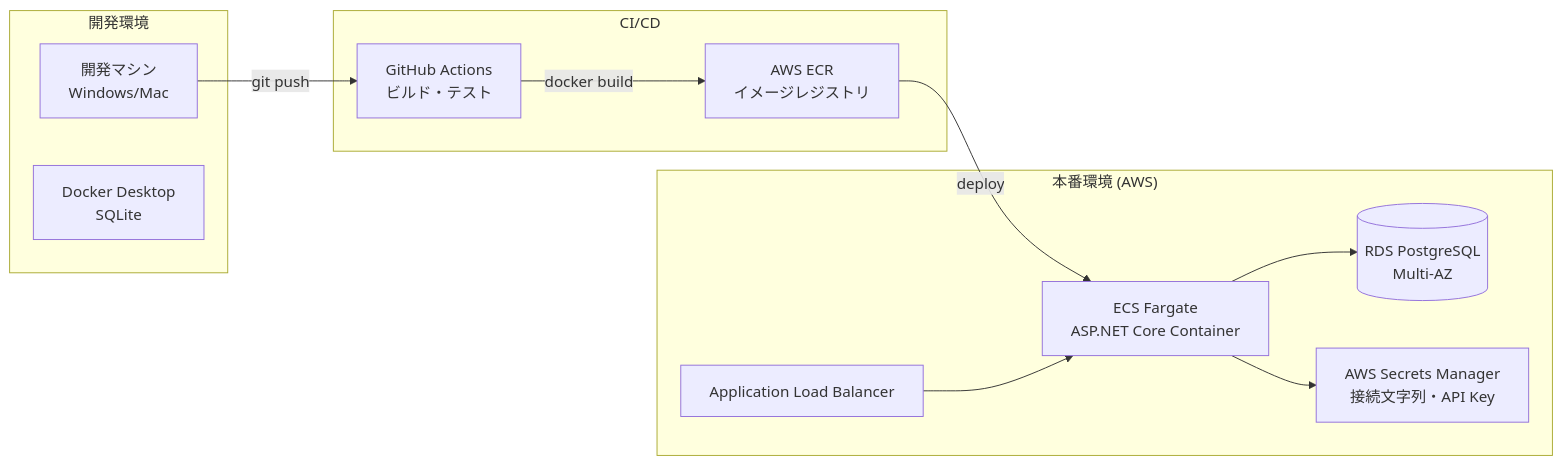
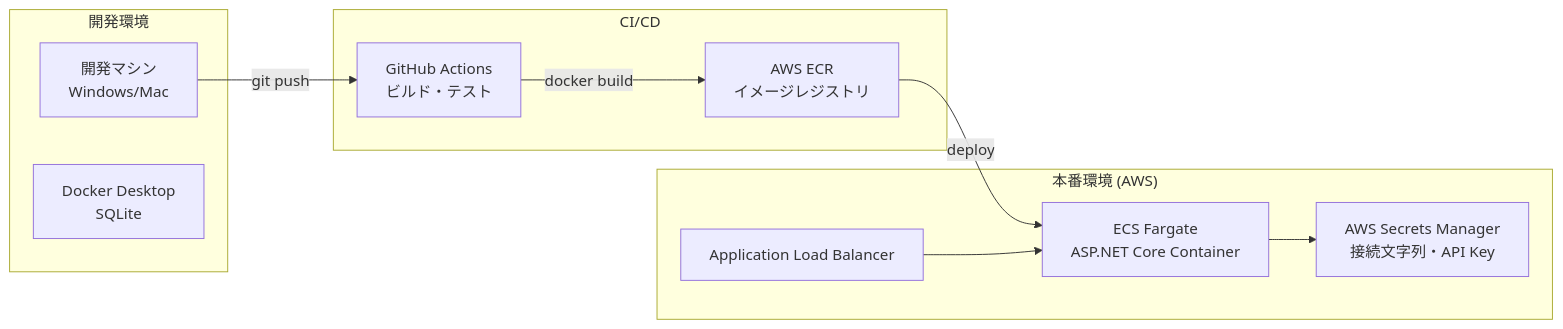
One commit to RYA234/dotnet_container changed the second of 6 diagrams in .github/docs/common-design/architecture.md. Above: the diagram before and after it, drawn with Mermaid. The commit also changed other lines of this file, not shown here.

First line of the commit message:
Fix architecture.md based on Issue #27 review (#44)

````diff
--- a/.github/docs/common-design/architecture.md
+++ b/.github/docs/common-design/architecture.md
@@ -48,26 +61,24 @@
 ```mermaid
 graph LR
     subgraph "開発環境"
         DevMachine[開発マシン<br/>Windows/Mac]
         DevDocker[Docker Desktop<br/>SQLite]
     end
 
     subgraph "CI/CD"
         GitHub[GitHub Actions<br/>ビルド・テスト]
         ECR[AWS ECR<br/>イメージレジストリ]
     end
 
     subgraph "本番環境 (AWS)"
         ALB[Application Load Balancer]
         ECS[ECS Fargate<br/>ASP.NET Core Container]
-        RDS_Prod[(RDS PostgreSQL<br/>Multi-AZ)]
         SecretsManager[AWS Secrets Manager<br/>接続文字列・API Key]
     end
 
     DevMachine -->|git push| GitHub
     GitHub -->|docker build| ECR
     ECR -->|deploy| ECS
     ALB --> ECS
-    ECS --> RDS_Prod
     ECS --> SecretsManager
 ```
````
